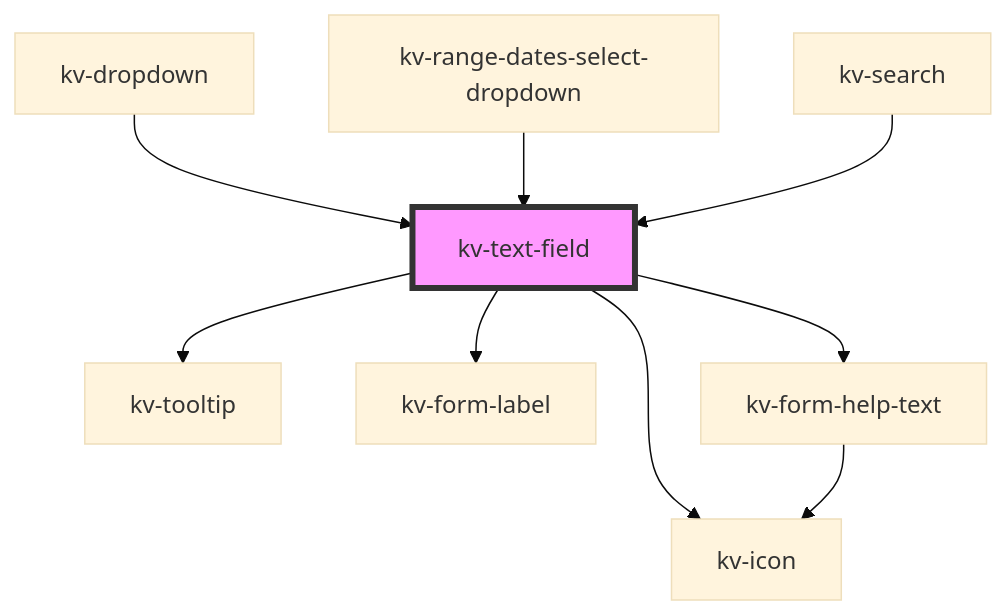
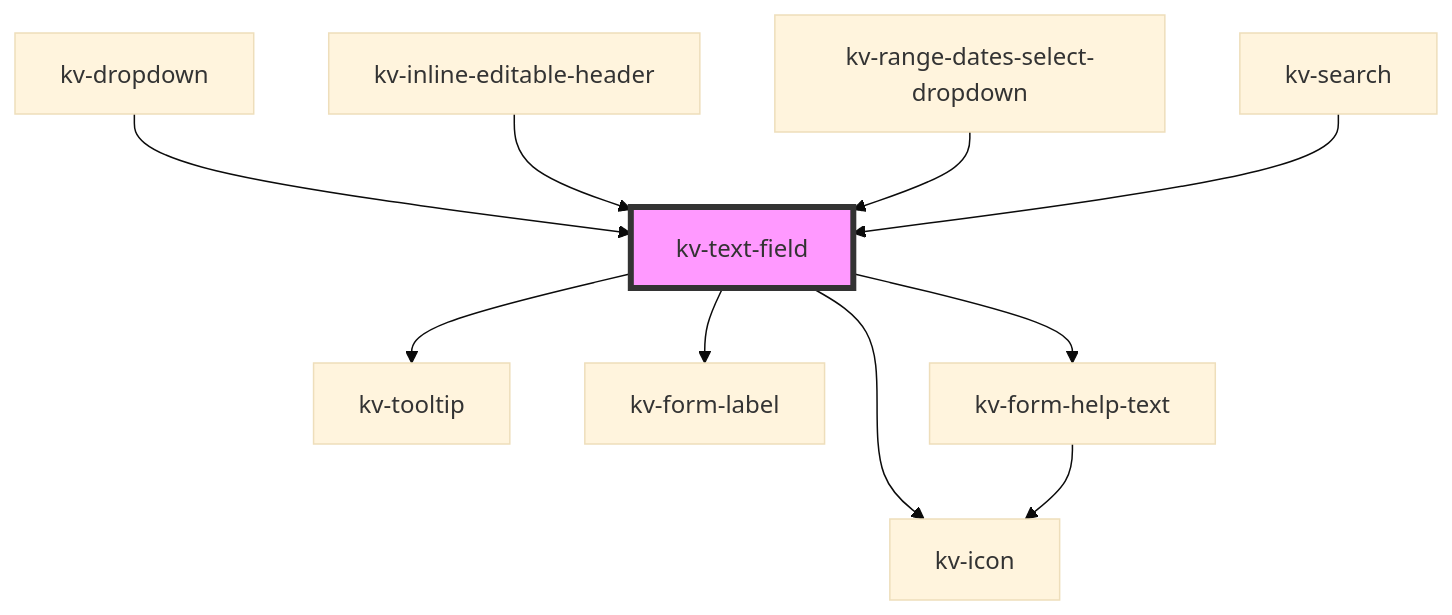
One commit to kelvininc/ui-components changed the diagram in packages/ui-components/src/components/text-field/readme.md. Above: the diagram before and after it, drawn with Mermaid (base theme). The commit also changed other lines of this file and 15 other files, not shown here.

Commit message:
feat(inline-editable-header): add component

````diff
--- a/packages/ui-components/src/components/text-field/readme.md
+++ b/packages/ui-components/src/components/text-field/readme.md
@@ -156,12 +164,13 @@
 ```mermaid
 graph TD;
   kv-text-field --> kv-tooltip
   kv-text-field --> kv-form-label
   kv-text-field --> kv-icon
   kv-text-field --> kv-form-help-text
   kv-form-help-text --> kv-icon
   kv-dropdown --> kv-text-field
+  kv-inline-editable-header --> kv-text-field
   kv-range-dates-select-dropdown --> kv-text-field
   kv-search --> kv-text-field
   style kv-text-field fill:#f9f,stroke:#333,stroke-width:4px
 ```
````
